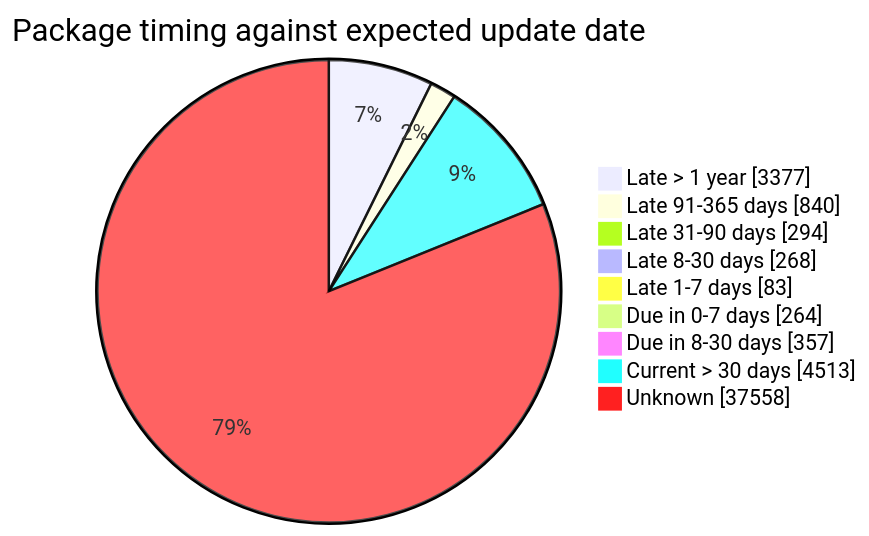
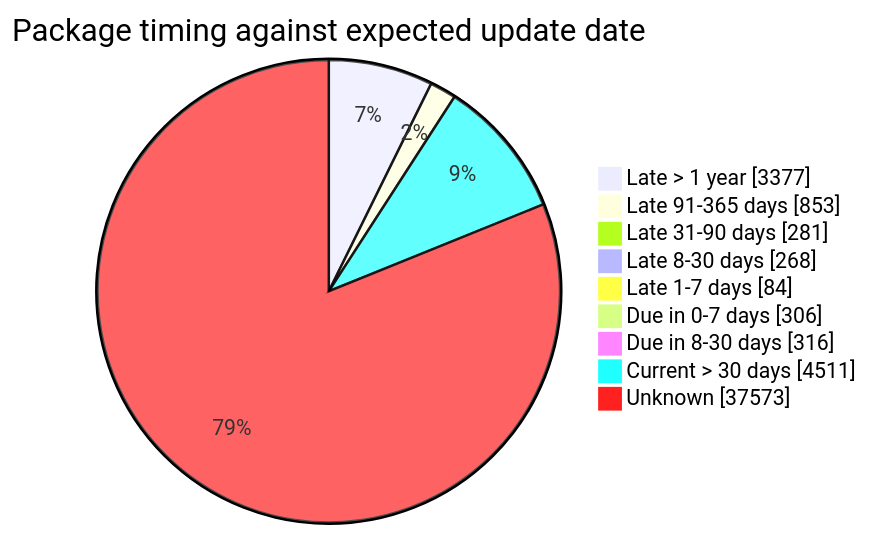
Before and after one commit to open-data/analytics-corporate-reporting: the fourth of 5 diagrams in FreshCheck/README.md, drawn with Mermaid. The commit also changed other lines of this file and 3 other files, not shown here.

````diff
--- a/FreshCheck/README.md
+++ b/FreshCheck/README.md
@@ -87,12 +87,12 @@
 ```mermaid
 pie showData title Package timing against expected update date
     "Late > 1 year": 3377
-    "Late 91-365 days": 840
-    "Late 31-90 days": 294
+    "Late 91-365 days": 853
+    "Late 31-90 days": 281
     "Late 8-30 days": 268
-    "Late 1-7 days": 83
-    "Due in 0-7 days": 264
-    "Due in 8-30 days": 357
-    "Current > 30 days": 4513
-    "Unknown": 37558
+    "Late 1-7 days": 84
+    "Due in 0-7 days": 306
+    "Due in 8-30 days": 316
+    "Current > 30 days": 4511
+    "Unknown": 37573
 ```
````
